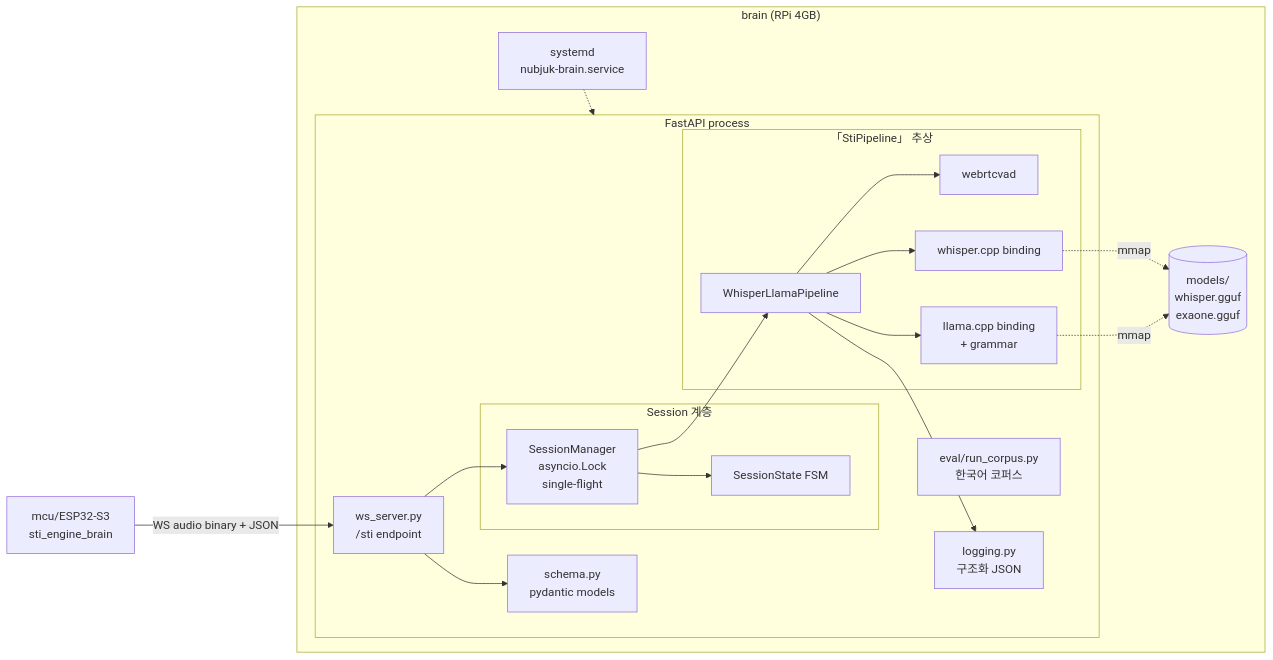
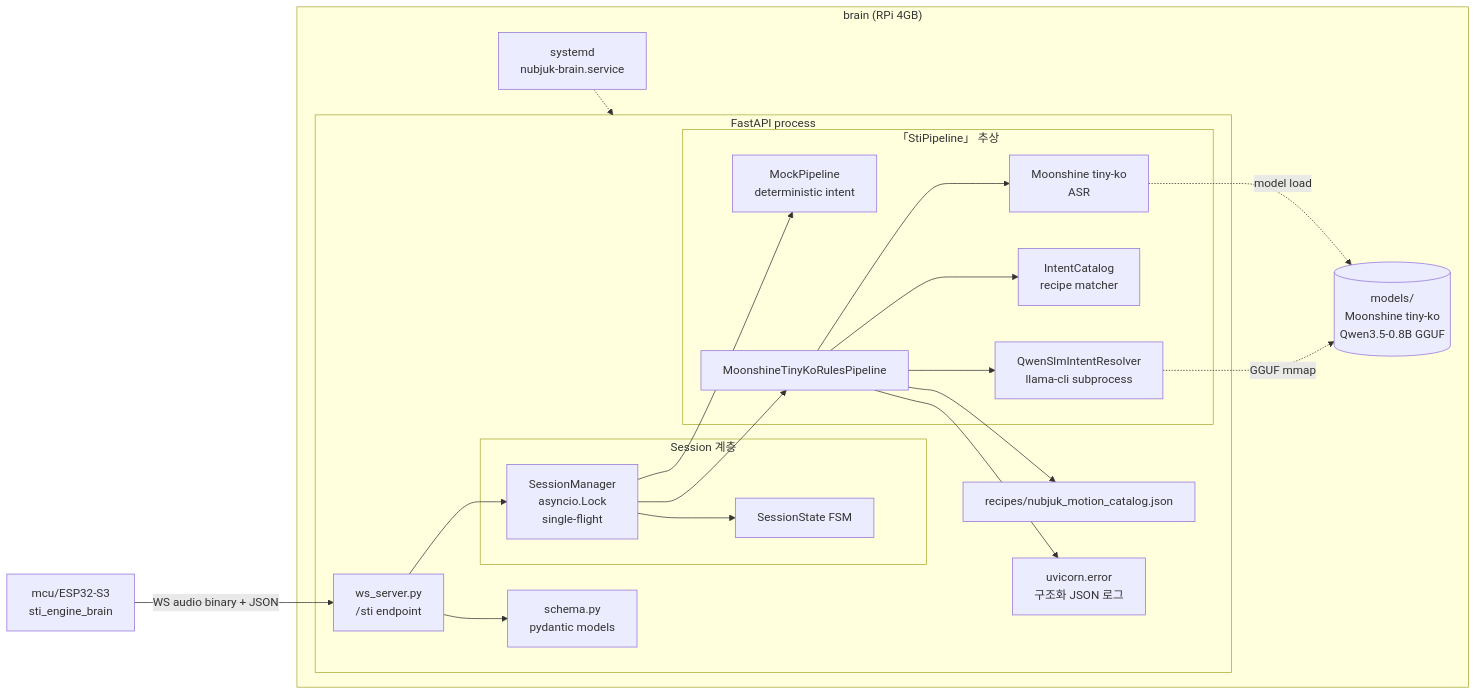
The first of 3 diagrams in ARCHITECTURE.md (UnripePlum/nubjuk-brain), drawn with Mermaid before and after one commit. The commit also changed other lines of this file and 33 other files, not shown here.

````diff
--- a/ARCHITECTURE.md
+++ b/ARCHITECTURE.md
@@ -11,42 +11,45 @@
 ```mermaid
 flowchart LR
     ESP[mcu/ESP32-S3<br/>sti_engine_brain] -- WS audio binary + JSON --> WSS
 
     subgraph rpi["brain (RPi 4GB)"]
         subgraph fastapi["FastAPI process"]
             WSS[ws_server.py<br/>/sti endpoint]
             SCHEMA[schema.py<br/>pydantic models]
 
             subgraph session["Session 계층"]
                 SM[SessionManager<br/>asyncio.Lock<br/>single-flight]
                 STATE[SessionState FSM]
             end
 
             subgraph pipeline["「StiPipeline」 추상"]
-                WLP[WhisperLlamaPipeline]
-                VAD[webrtcvad]
-                ASR[whisper.cpp binding]
-                SLM[llama.cpp binding<br/>+ grammar]
-                WLP --> VAD
-                WLP --> ASR
-                WLP --> SLM
+                MOCK[MockPipeline<br/>deterministic intent]
+                MTP[MoonshineTinyKoRulesPipeline]
+                ASR[Moonshine tiny-ko<br/>ASR]
+                CAT[IntentCatalog<br/>recipe matcher]
+                SLM[QwenSlmIntentResolver<br/>llama-cli subprocess]
+                MTP --> ASR
+                MTP --> CAT
+                MTP --> SLM
             end
 
-            EVAL[eval/run_corpus.py<br/>한국어 코퍼스]
-            LOG[logging.py<br/>구조화 JSON]
+            REC[recipes/nubjuk_motion_catalog.json]
+            LOG[uvicorn.error<br/>구조화 JSON 로그]
 
             WSS --> SCHEMA
             WSS --> SM
-            SM --> WLP
+            SM --> MOCK
+            SM --> MTP
             SM --> STATE
-            WLP --> LOG
+            MTP --> REC
+            MTP --> LOG
         end
 
-        MODELS[(models/<br/>whisper.gguf<br/>exaone.gguf)]
-        ASR -. mmap .-> MODELS
-        SLM -. mmap .-> MODELS
+        MODELS[(models/<br/>Moonshine tiny-ko<br/>Qwen3.5-0.8B GGUF)]
+        ASR -. model load .-> MODELS
+        SLM -. GGUF mmap .-> MODELS
 
         SYSTEMD[systemd<br/>nubjuk-brain.service]
         SYSTEMD -.-> fastapi
     end
 ```
````
